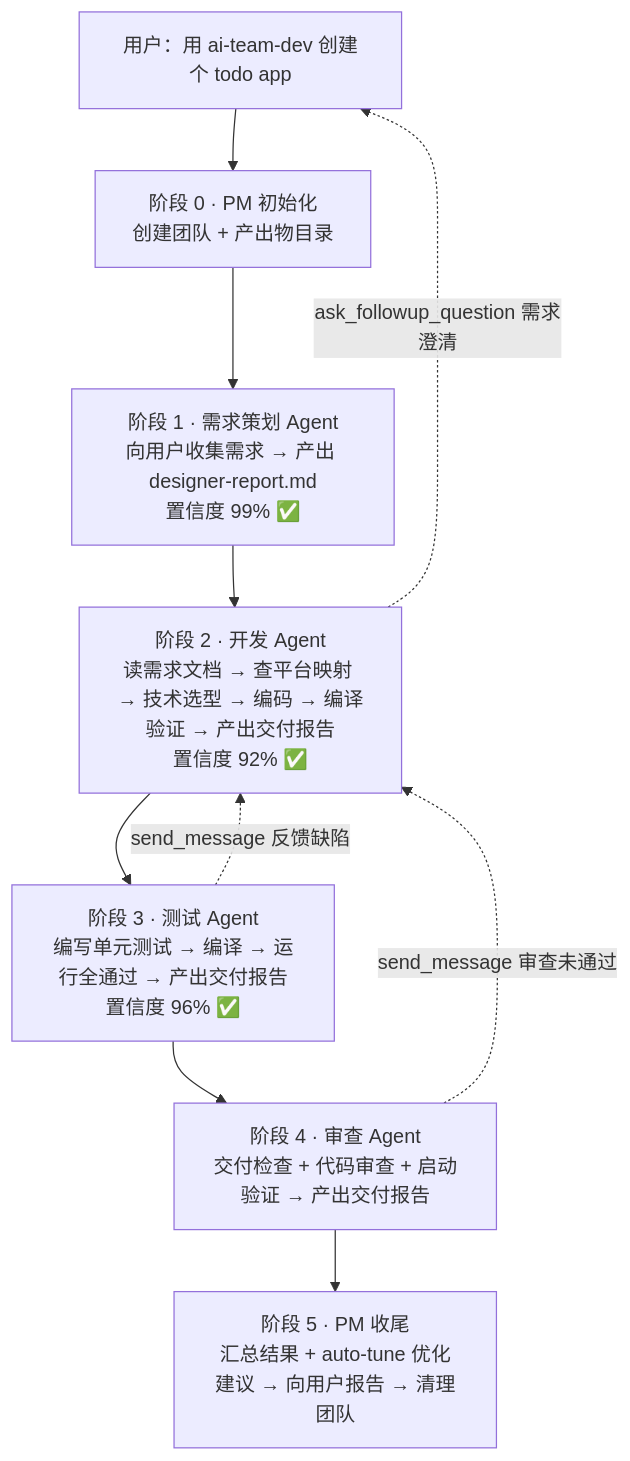
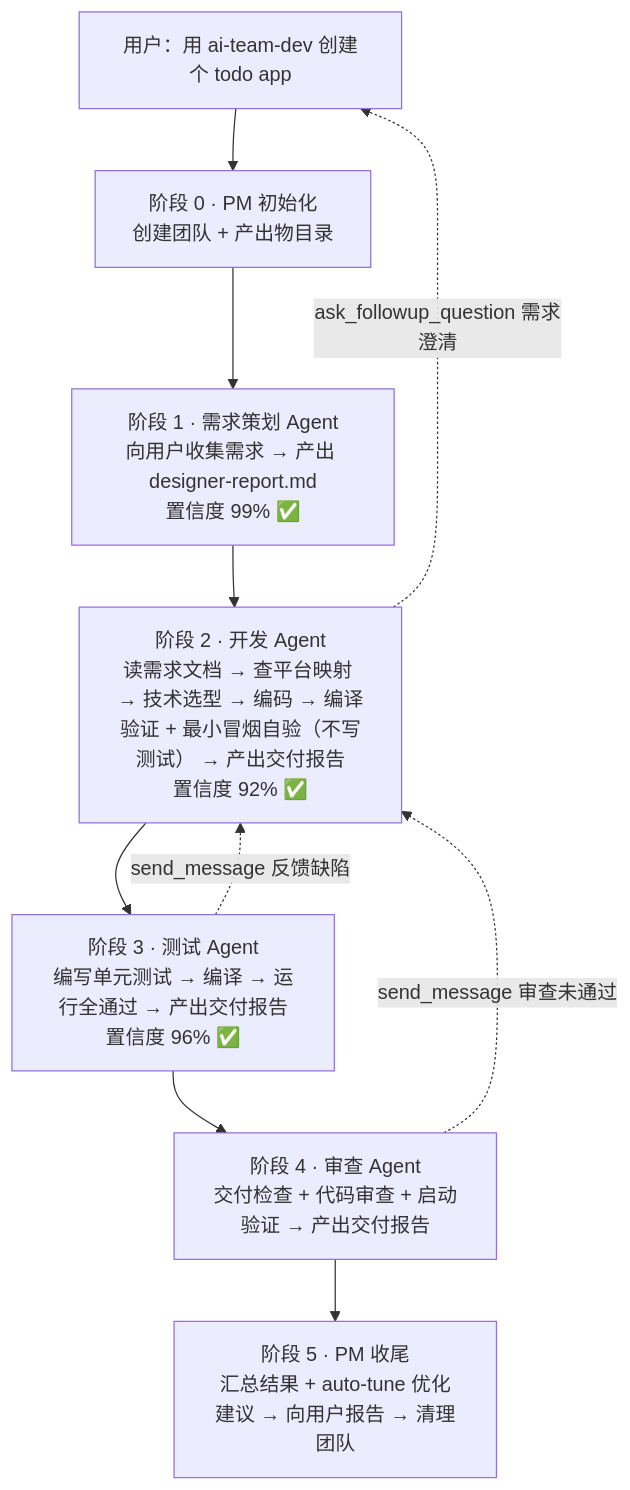
Before and after one commit to pen-ll/ai-team: the diagram in skills/ai-team-dev/README.md, drawn with Mermaid. The commit also changed other lines of this file and 15 other files, not shown here.

````diff
--- a/skills/ai-team-dev/README.md
+++ b/skills/ai-team-dev/README.md
@@ -93,13 +93,13 @@
 ```mermaid
 flowchart TD
     A["用户：用 ai-team-dev 创建个 todo app"] --> B["阶段 0 · PM 初始化<br/>创建团队 + 产出物目录"]
     B --> C["阶段 1 · 需求策划 Agent<br/>向用户收集需求 → 产出 designer-report.md<br/>置信度 99% ✅"]
-    C --> D["阶段 2 · 开发 Agent<br/>读需求文档 → 查平台映射 → 技术选型 → 编码 → 编译验证 → 产出交付报告<br/>置信度 92% ✅"]
+    C --> D["阶段 2 · 开发 Agent<br/>读需求文档 → 查平台映射 → 技术选型 → 编码 → 编译验证 + 最小冒烟自验（不写测试） → 产出交付报告<br/>置信度 92% ✅"]
     D --> E["阶段 3 · 测试 Agent<br/>编写单元测试 → 编译 → 运行全通过 → 产出交付报告<br/>置信度 96% ✅"]
     E --> F["阶段 4 · 审查 Agent<br/>交付检查 + 代码审查 + 启动验证 → 产出交付报告"]
     F --> G["阶段 5 · PM 收尾<br/>汇总结果 + auto-tune 优化建议 → 向用户报告 → 清理团队"]
 
     D -. "ask_followup_question 需求澄清" .-> A
     E -. "send_message 反馈缺陷" .-> D
     F -. "send_message 审查未通过" .-> D
 ```
````
